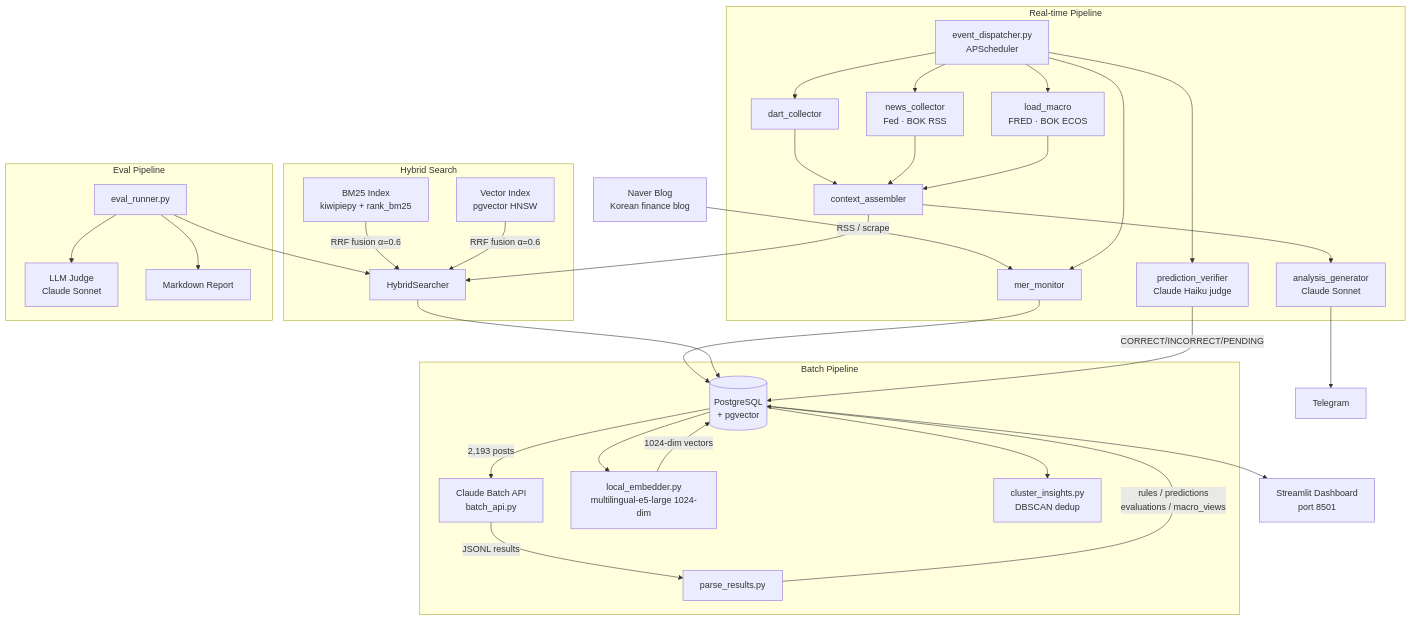
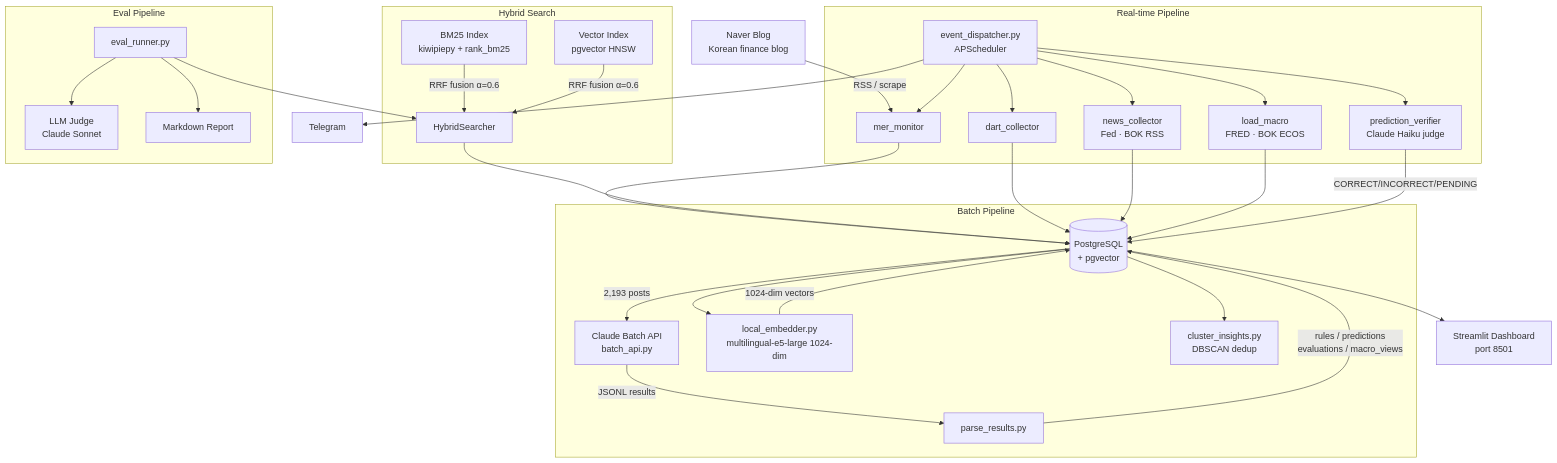
Before and after one commit to 11e3/mer-insight-pipeline: the diagram in README.md, drawn with Mermaid. The commit also changed other lines of this file and 12 other files, not shown here.

````diff
--- a/README.md
+++ b/README.md
@@ -16,44 +16,42 @@
 ```mermaid
 flowchart TD
     A[Naver Blog<br>Korean finance blog] -->|RSS / scrape| B[mer_monitor]
     B --> C[(PostgreSQL<br>+ pgvector)]
 
     subgraph Batch Pipeline
         C -->|2,193 posts| D[Claude Batch API<br>batch_api.py]
         D -->|JSONL results| E[parse_results.py]
         E -->|rules / predictions<br>evaluations / macro_views| C
         C --> F[local_embedder.py<br>multilingual-e5-large 1024-dim]
         F -->|1024-dim vectors| C
         C --> G[cluster_insights.py<br>DBSCAN dedup]
     end
 
     subgraph Hybrid Search
         HS1[BM25 Index<br>kiwipiepy + rank_bm25]
         HS2[Vector Index<br>pgvector HNSW]
         HS1 & HS2 -->|RRF fusion α=0.6| HS3[HybridSearcher]
     end
 
     HS3 --> C
 
     subgraph Real-time Pipeline
         ED[event_dispatcher.py<br>APScheduler] --> B
         ED --> DC[dart_collector]
         ED --> NC[news_collector<br>Fed · BOK RSS]
         ED --> LM[load_macro<br>FRED · BOK ECOS]
         ED --> PV[prediction_verifier<br>Claude Haiku judge]
-        DC & NC & LM --> CA[context_assembler]
-        CA --> HS3
-        CA --> AG2[analysis_generator<br>Claude Sonnet]
+        DC & NC & LM --> C
         PV -->|CORRECT/INCORRECT/PENDING| C
     end
 
-    AG2 --> TG[Telegram]
+    ED --> TG[Telegram]
 
     subgraph Eval Pipeline
         EV[eval_runner.py] --> HS3
         EV --> LJ[LLM Judge<br>Claude Sonnet]
         EV --> RPT[Markdown Report]
     end
 
     C --> Q[Streamlit Dashboard<br>port 8501]
 ```
````
